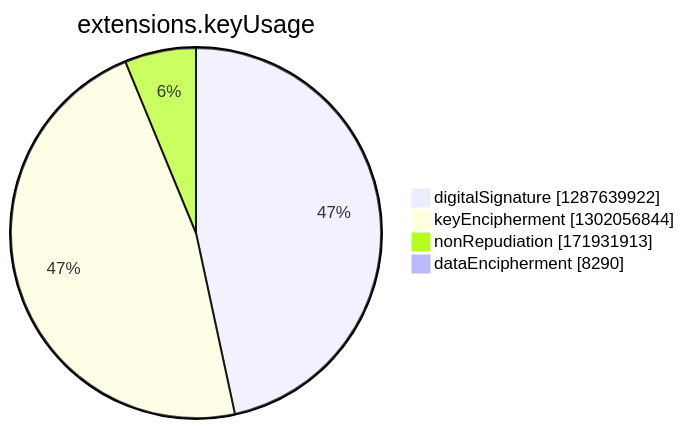
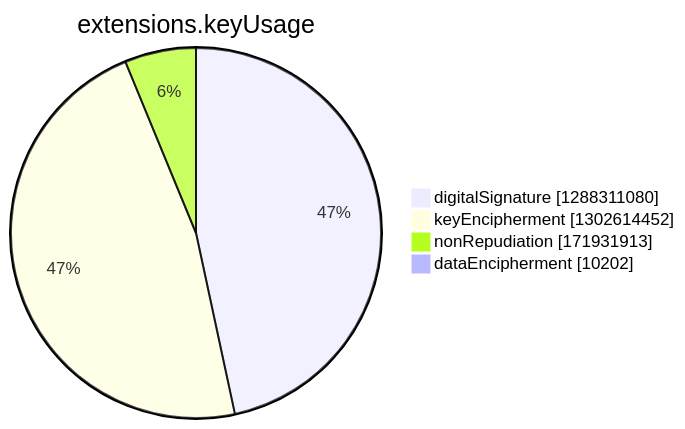
Before and after one commit to christiankrug/ctmonitor_visualization: the seventh of 15 diagrams in argon2022/README.md, drawn with Mermaid. The commit also changed other lines of this file, not shown here.

````diff
--- a/argon2022/README.md
+++ b/argon2022/README.md
@@ -2748,8 +2748,8 @@
 ```mermaid
 pie showData
 title extensions.keyUsage
-"digitalSignature" :1287639922
-"keyEncipherment" :1302056844
+"digitalSignature" :1288311080
+"keyEncipherment" :1302614452
 "nonRepudiation" :171931913
-"dataEncipherment" :8290
+"dataEncipherment" :10202
 ```
````
